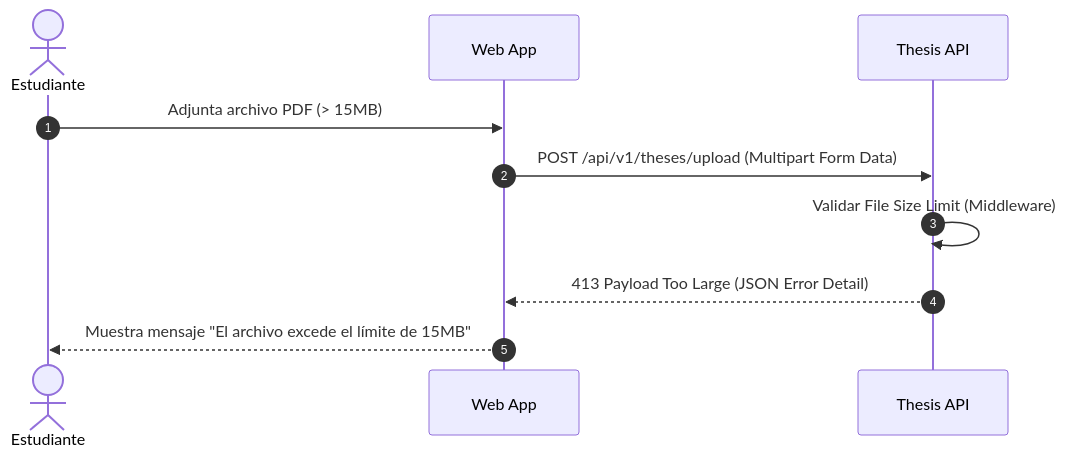
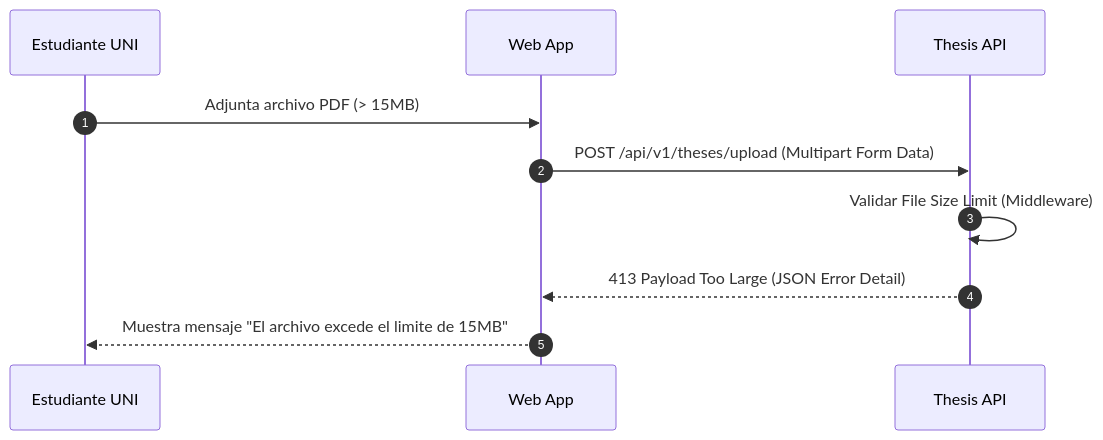
The third of 4 diagrams in README.md (angelbarreto46u/SistesisUni-Arquitectura), drawn with Mermaid before and after one commit. The commit also changed other lines of this file, not shown here.

Commit message:
feat: documentacion arquitectonica C4 y diagramas SISTESIS-UNI correction

````diff
--- a/README.md
+++ b/README.md
@@ -137,13 +123,13 @@
 ```mermaid
 sequenceDiagram
     autonumber
-    actor Estudiante
+    participant Estudiante as Estudiante UNI
     participant Client as Web App
     participant API as Thesis API
     
     Estudiante->>Client: Adjunta archivo PDF (> 15MB)
     Client->>API: POST /api/v1/theses/upload (Multipart Form Data)
     API->>API: Validar File Size Limit (Middleware)
     API-->>Client: 413 Payload Too Large (JSON Error Detail)
-    Client-->>Estudiante: Muestra mensaje "El archivo excede el límite de 15MB"
+    Client-->>Estudiante: Muestra mensaje "El archivo excede el limite de 15MB"
 ```
````
